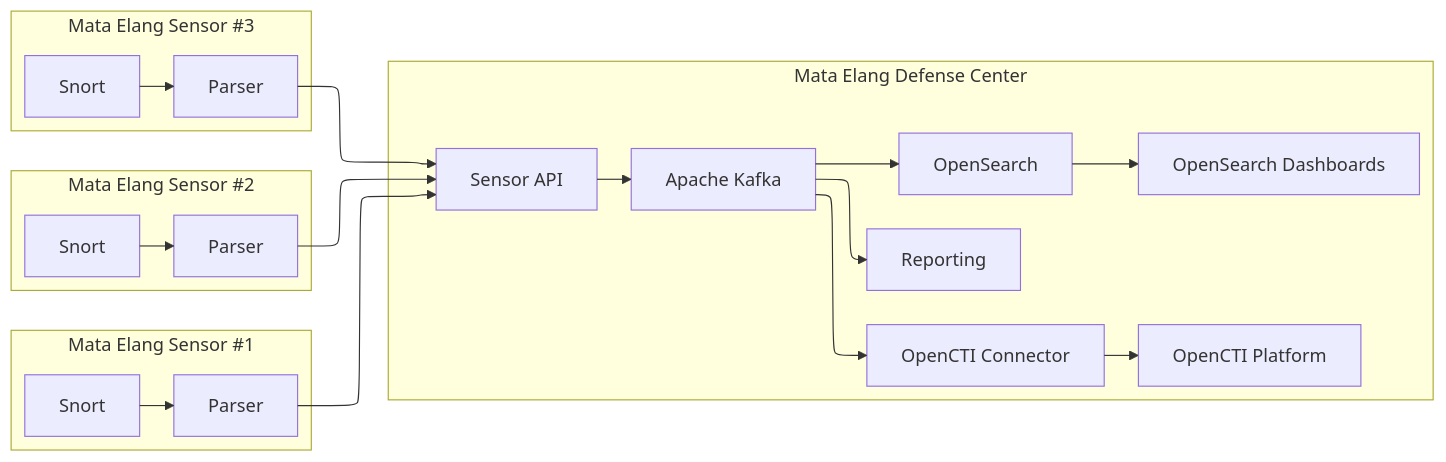
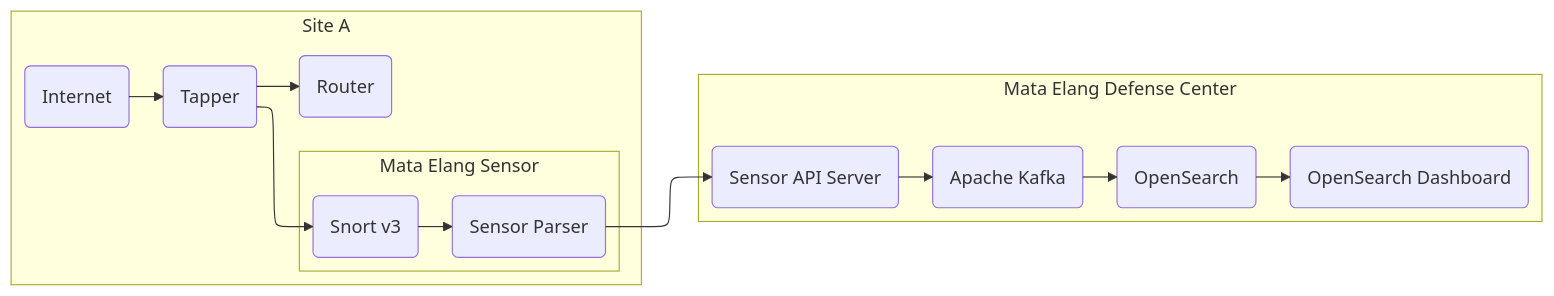
One commit to mata-elang-stable/docs changed the diagram in docs/intro.md. Above: the diagram before and after it, drawn with Mermaid.

Commit message:
Refactor flowchart in intro documentation to enhance clarity and structure

````diff
--- a/docs/intro.md
+++ b/docs/intro.md
@@ -33,34 +33,38 @@
 ```mermaid
 ---
 config:
   layout: elk
   elk:
     mergeEdges: false
     nodePlacementStrategy: SIMPLE 
 ---
-flowchart LR
-    subgraph Mata Elang Sensor #1
-      A[Snort]-->B[Parser]
+graph LR
+    network_isp(Internet)
+    network_router(Router)
+    network_tapper(Tapper)
+
+    sensor1_snort(Snort v3)
+    sensor1_parser(Sensor Parser)
+
+    dc_sensor_api(Sensor API Server)
+    dc_kafka(Apache Kafka)
+    dc_opensearch(OpenSearch)
+    dc_dashboard(OpenSearch Dashboard)
+
+    subgraph Site A
+        network_isp-->network_tapper
+        network_tapper-->network_router
+        network_tapper-->sensor1_snort
+        
+        subgraph me_sensor1[Mata Elang Sensor]
+            sensor1_snort-->sensor1_parser
+        end
     end
 
-    subgraph Mata Elang Sensor #2
-      C[Snort]-->D[Parser]
+    subgraph me_dc[Mata Elang Defense Center]
+        sensor1_parser-->dc_sensor_api
+        dc_sensor_api-->dc_kafka
+        dc_kafka-->dc_opensearch
+        dc_opensearch-->dc_dashboard
     end
-
-    subgraph Mata Elang Sensor #3
-      E[Snort]-->F[Parser]
-    end
-
-    subgraph Mata Elang Defense Center
-      G[Sensor API]-->H[Apache Kafka]
-      H-->I[OpenSearch]
-      I-->J[OpenSearch Dashboards]
-      H-->K[OpenCTI Connector]
-      K-->L[OpenCTI Platform]
-      H-->M[Reporting]
-    end
-
-    B-->G
-    D-->G
-    F-->G
 ```
````
